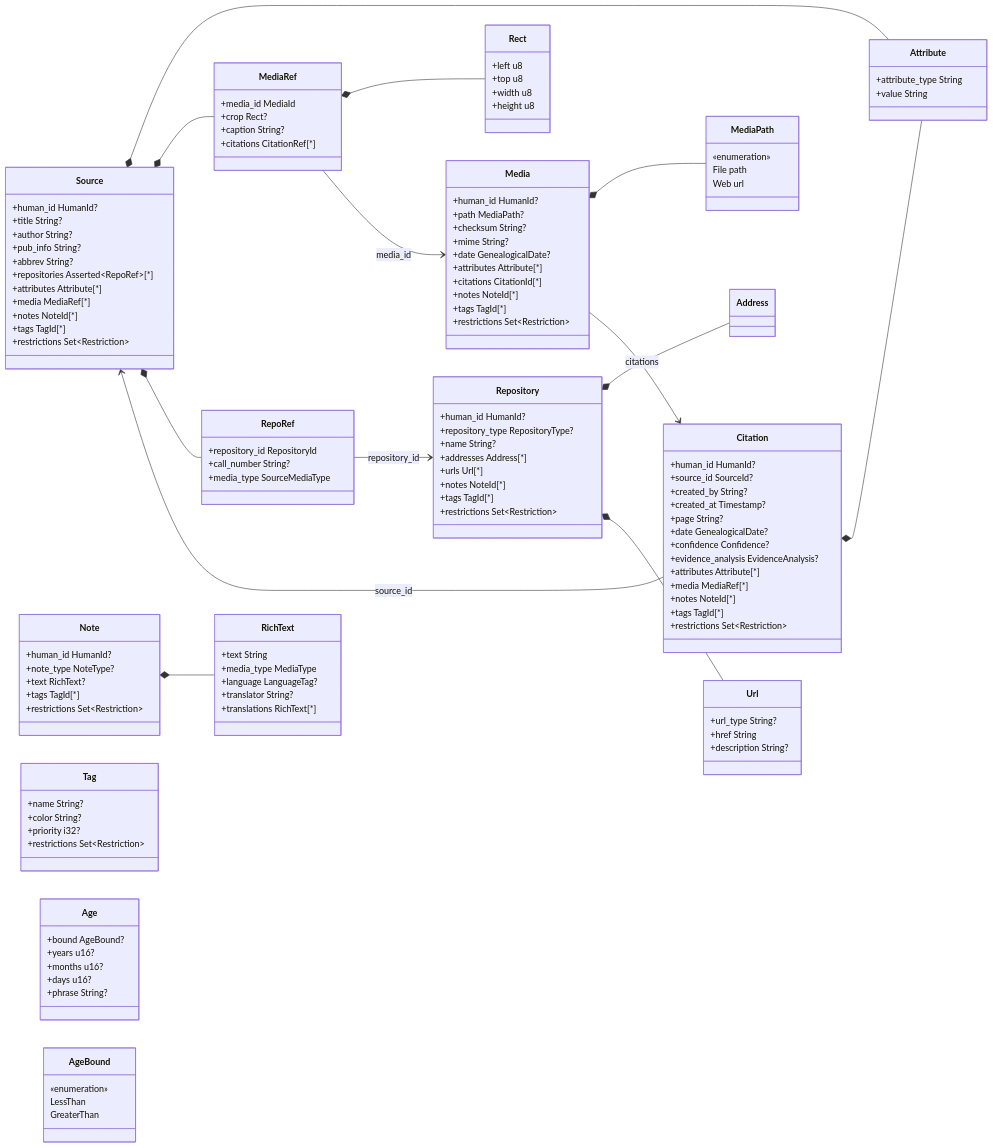
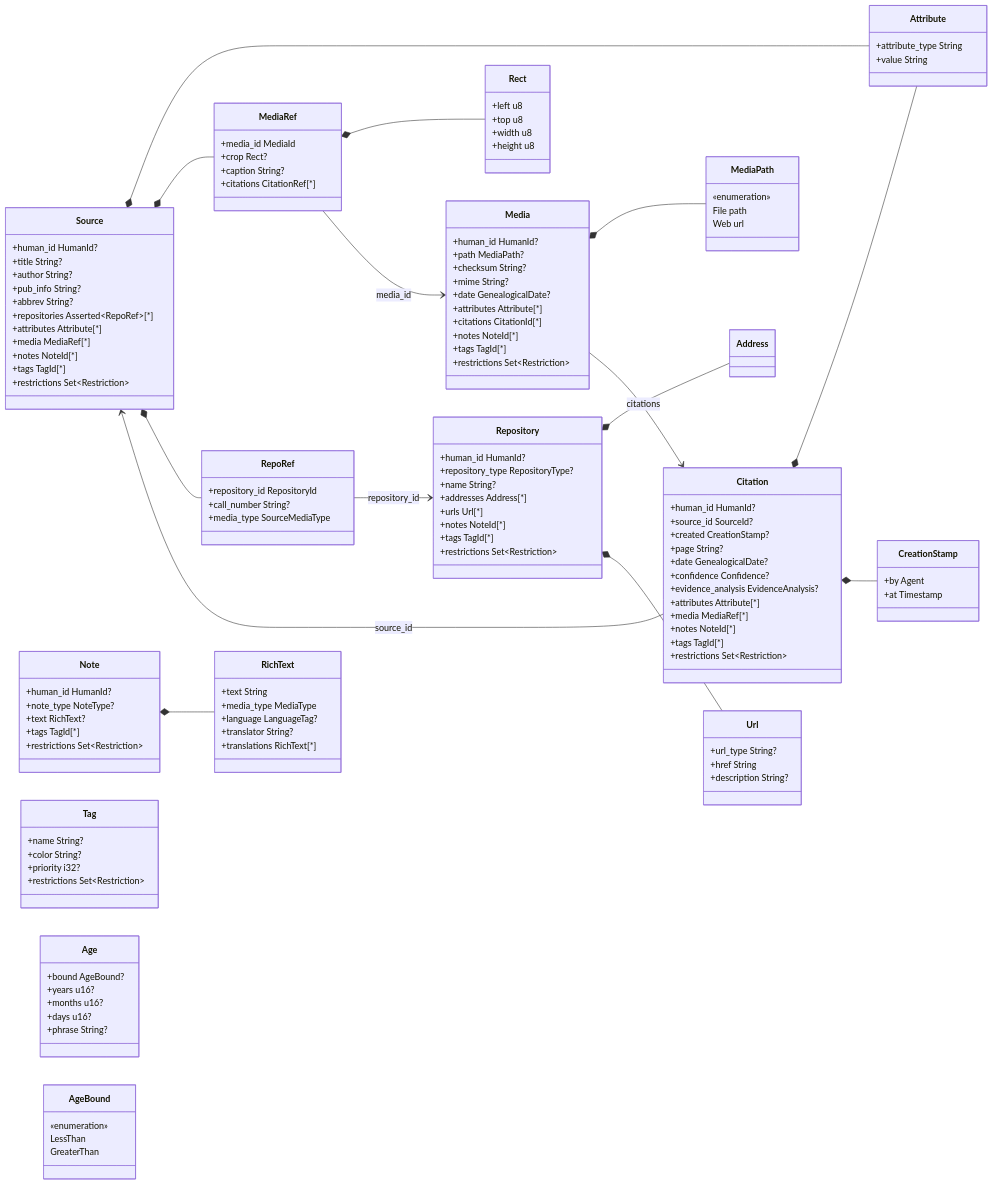
One commit to magne/vitni changed the sixth of 7 diagrams in docs/data-model-diagram.md. Above: the diagram before and after it, drawn with Mermaid. The commit also changed other lines of this file and 2 other files, not shown here.

First line of the commit message:
docs: record uniform Asserted<T> projections + typed citation stamp

```diff
--- a/docs/data-model-diagram.md
+++ b/docs/data-model-diagram.md
@@ -471,8 +437,7 @@
     class Citation {
         +human_id HumanId?
         +source_id SourceId?
-        +created_by String?
-        +created_at Timestamp?
+        +created CreationStamp?
         +page String?
         +date GenealogicalDate?
         +confidence Confidence?
@@ -568,9 +533,14 @@
         +href String
         +description String?
     }
+    class CreationStamp {
+        +by Agent
+        +at Timestamp
+    }
 
     Source *-- Attribute
     Citation *-- Attribute
+    Citation *-- CreationStamp
     Source *-- MediaRef
     Media *-- MediaPath
     Note *-- RichText
```
